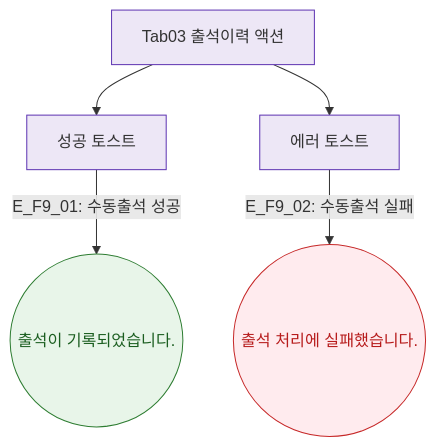
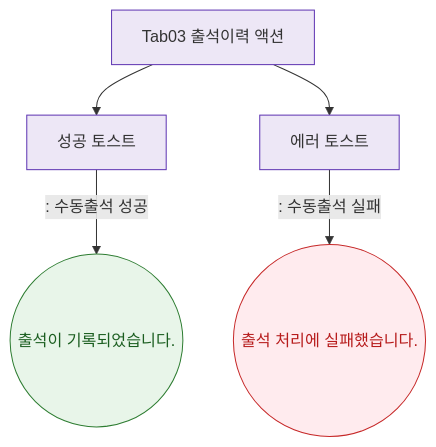
Before and after one commit to dev-spogym/admin-pando: the diagram in docs/다이어그램/D02_회원관리/SCR-M004_회원상세/Tab03_출석이력/F9_토스트.md, drawn with Mermaid. The commit also changed other lines of this file and 1660 other files, not shown here.

First line of the commit message:
다이어그램: 기획자/클라이언트 납품본으로 정리

````diff
--- a/docs/다이어그램/D02_회원관리/SCR-M004_회원상세/Tab03_출석이력/F9_토스트.md
+++ b/docs/다이어그램/D02_회원관리/SCR-M004_회원상세/Tab03_출석이력/F9_토스트.md
@@ -22,15 +20,15 @@
 ```mermaid
 flowchart TD
   ACTIONS[Tab03 출석이력 액션] --> T_OK[성공 토스트]
   ACTIONS --> T_ERR[에러 토스트]
 
-  T_OK -->|"E_F9_01: 수동출석 성공"| TS1((출석이 기록되었습니다.))
-  T_ERR -->|"E_F9_02: 수동출석 실패"| TE1((출석 처리에 실패했습니다.))
+  T_OK -->|": 수동출석 성공"|TS1((출석이 기록되었습니다.))
+  T_ERR -->|": 수동출석 실패"|TE1((출석 처리에 실패했습니다.))
 
   classDef success fill:#E8F5E9,stroke:#2E7D32,color:#1B5E20
   classDef error fill:#FFEBEE,stroke:#C62828,color:#B71C1C
   classDef system fill:#EDE7F6,stroke:#5E35B2
   class TS1 success
   class TE1 error
   class ACTIONS,T_OK,T_ERR system
 ```
````
